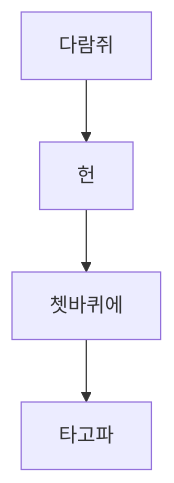
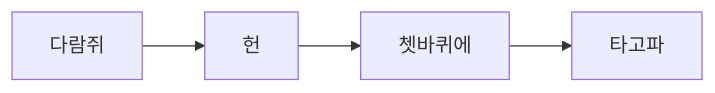
Before and after one commit to doputer/dohyeon-nextjs-mdx-blog: the diagram in contents/squirrel/index.mdx, drawn with Mermaid. The commit also changed 1 other file, not shown here.

Commit message:
feat: mermaid 코드 정리

````diff
--- a/contents/squirrel/index.mdx
+++ b/contents/squirrel/index.mdx
@@ -60,6 +60,6 @@
 ```mermaid
-graph TD;
+graph LR;
     A[다람쥐]-->B[헌];
     B-->C[쳇바퀴에];
     C-->D[타고파];
 ```
````
